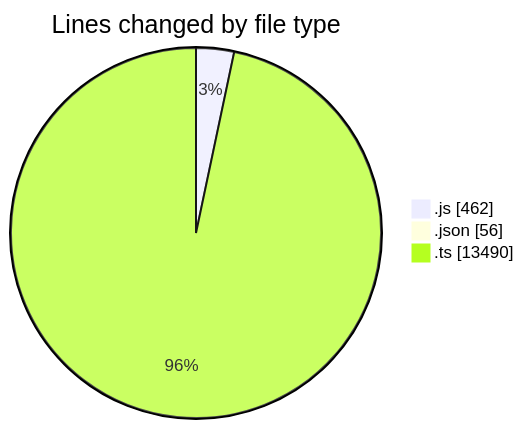
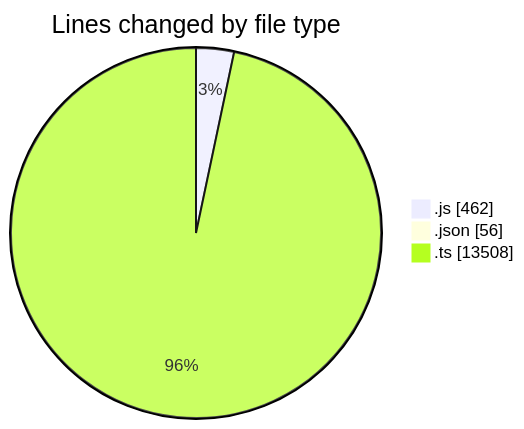
Before and after one commit to momahboobian/code-tracking: the first of 2 diagrams in 2025-09-04/cda/README.md, drawn with Mermaid. The commit also changed other lines of this file and 1 other file, not shown here.

````diff
--- a/2025-09-04/cda/README.md
+++ b/2025-09-04/cda/README.md
@@ -32,7 +32,7 @@
 ```mermaid
 pie showData
 title Lines changed by file type
 ".js" : 462
 ".json" : 56
-".ts" : 13490
+".ts" : 13508
 ```
````
